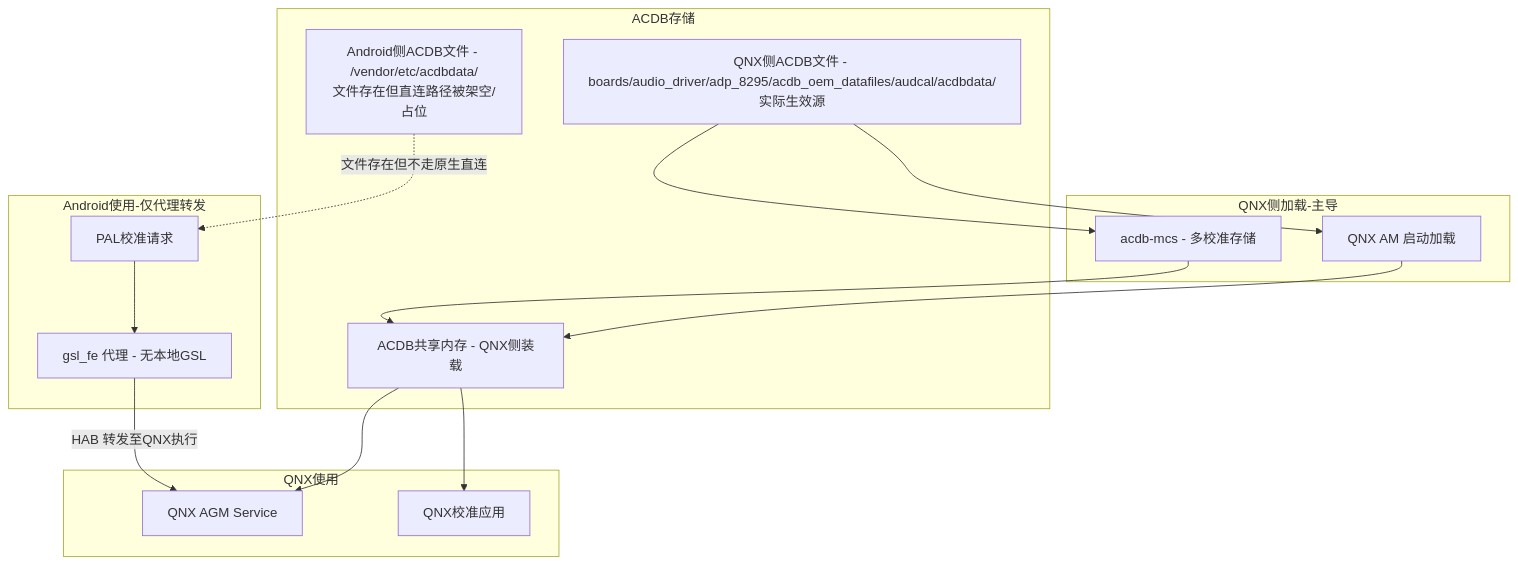
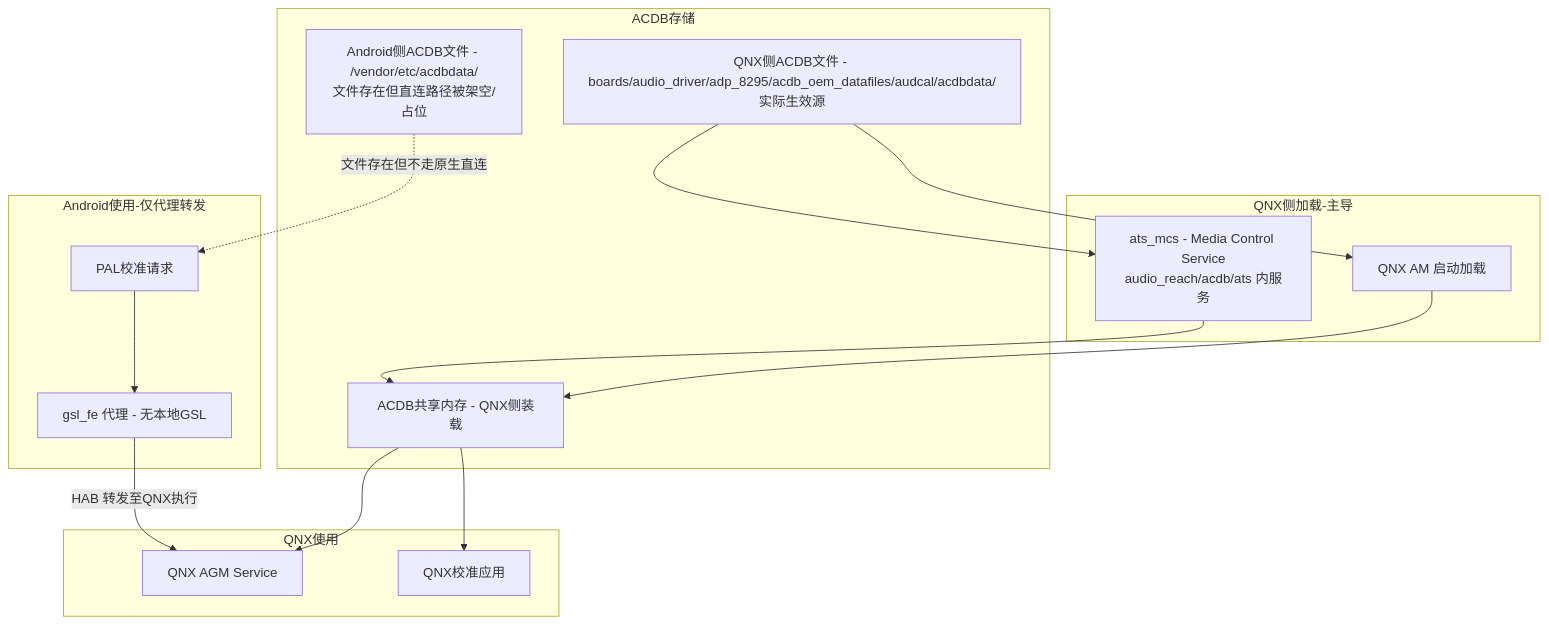
One commit to yanglinzhen1022/SA8295_AAOS_QNX_Audio_KnowledgeBase changed the fourth of 5 diagrams in 16_Vendor_QNX_Architecture/16_16.1_概述.md. Above: the diagram before and after it, drawn with Mermaid. The commit also changed other lines of this file and 58 other files, not shown here.

````diff
--- a/16_Vendor_QNX_Architecture/16_16.1_概述.md
+++ b/16_Vendor_QNX_Architecture/16_16.1_概述.md
@@ -367,34 +368,34 @@
 ```mermaid
 graph TB
     subgraph ACDB_Storage[ACDB存储]
         ACDB_QNX[QNX侧ACDB文件 - boards/audio_driver/adp_8295/acdb_oem_datafiles/audcal/acdbdata/<br/>实际生效源]
         ACDB_AND[Android侧ACDB文件 - /vendor/etc/acdbdata/<br/>文件存在但直连路径被架空/占位]
         ACDB_SHM[ACDB共享内存 - QNX侧装载]
     end
 
     subgraph QNX_Loading[QNX侧加载-主导]
         ACDB_LOADER[QNX AM 启动加载]
-        ACDB_MCS[acdb-mcs - 多校准存储]
+        ACDB_MCS[ats_mcs - Media Control Service<br>audio_reach/acdb/ats 内服务]
     end
 
     subgraph QNX_Usage[QNX使用]
         QNX_AGM[QNX AGM Service]
         QNX_CAL[QNX校准应用]
     end
 
     subgraph Android_Usage[Android使用-仅代理转发]
         PAL_CAL[PAL校准请求]
         GSL_FE_CAL[gsl_fe 代理 - 无本地GSL]
     end
 
     ACDB_QNX --> ACDB_LOADER
     ACDB_QNX --> ACDB_MCS
     ACDB_LOADER --> ACDB_SHM
     ACDB_MCS --> ACDB_SHM
 
     ACDB_SHM --> QNX_AGM
     ACDB_SHM --> QNX_CAL
     ACDB_AND -.文件存在但不走原生直连.-> PAL_CAL
     PAL_CAL --> GSL_FE_CAL
     GSL_FE_CAL -->|HAB 转发至QNX执行| QNX_AGM
 ```
````
